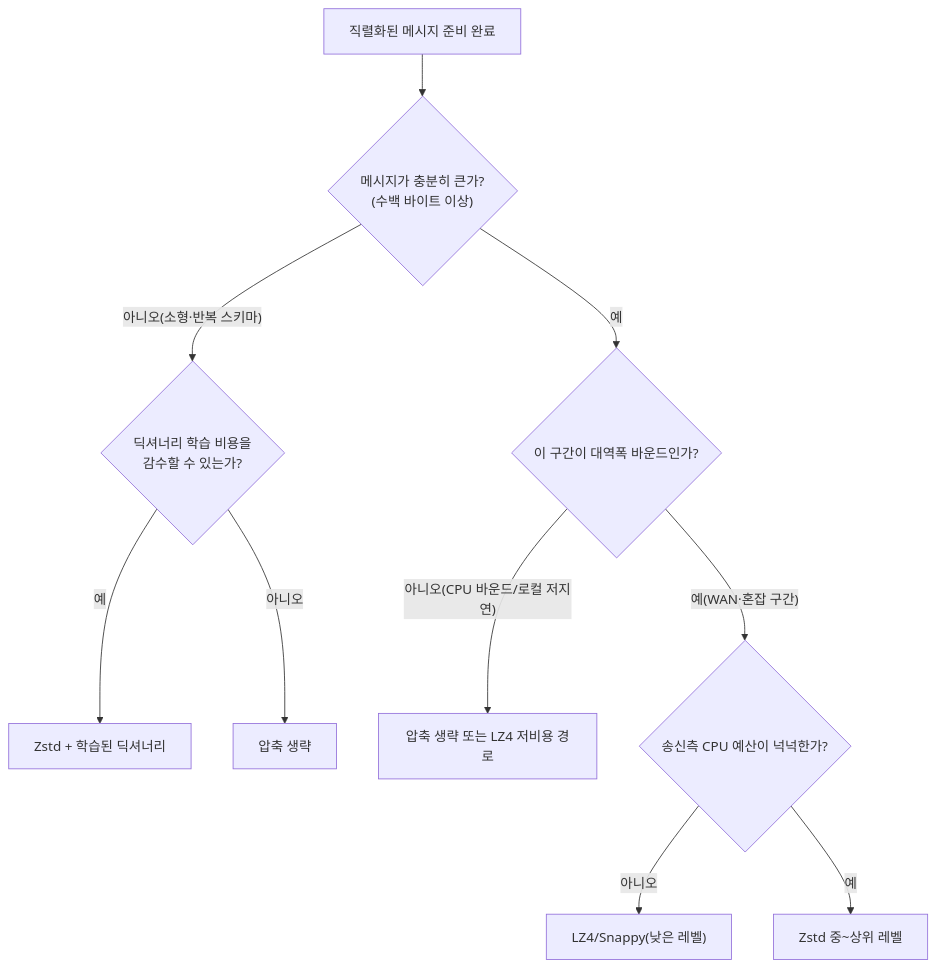
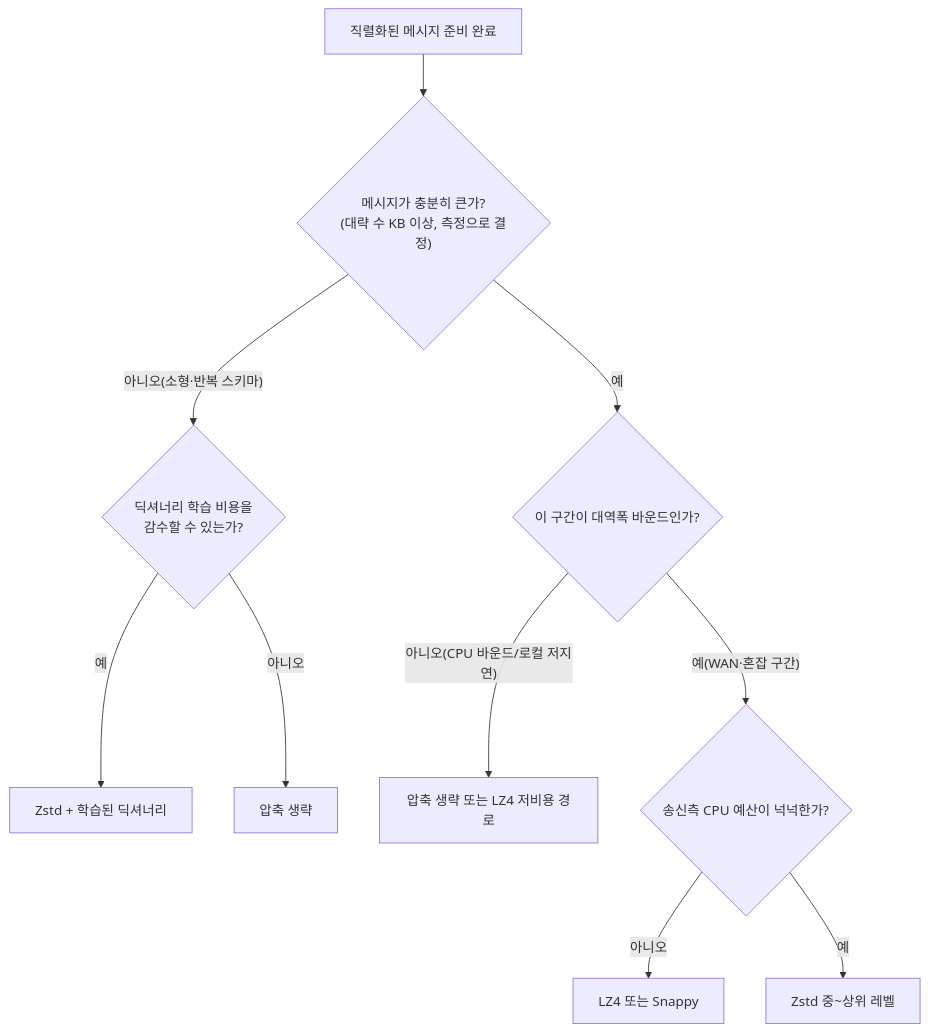
Before and after one commit to 42jerrykim/42jerrykim.github.io: the diagram in content/collection/optimization-10-network/21-network-compression-strategy/index.md, drawn with Mermaid. The commit also changed other lines of this file and 1 other file, not shown here.

````diff
--- a/content/collection/optimization-10-network/21-network-compression-strategy/index.md
+++ b/content/collection/optimization-10-network/21-network-compression-strategy/index.md
@@ -177,12 +180,12 @@
 ```mermaid
 flowchart TD
-  msgReady["직렬화된 메시지 준비 완료"] --> sizeCheck{"메시지가 충분히 큰가?</br>(수백 바이트 이상)"}
+  msgReady["직렬화된 메시지 준비 완료"] --> sizeCheck{"메시지가 충분히 큰가?</br>(대략 수 KB 이상, 측정으로 결정)"}
   sizeCheck -- "아니오(소형·반복 스키마)" --> dictCheck{"딕셔너리 학습 비용을</br>감수할 수 있는가?"}
   dictCheck -- "예" --> zstdDict["Zstd + 학습된 딕셔너리"]
   dictCheck -- "아니오" --> skipSmall["압축 생략"]
   sizeCheck -- "예" --> bwCheck{"이 구간이 대역폭 바운드인가?"}
   bwCheck -- "아니오(CPU 바운드/로컬 저지연)" --> skipLarge["압축 생략 또는 LZ4 저비용 경로"]
   bwCheck -- "예(WAN·혼잡 구간)" --> cpuCheck{"송신측 CPU 예산이 넉넉한가?"}
-  cpuCheck -- "아니오" --> lz4Snappy["LZ4/Snappy(낮은 레벨)"]
+  cpuCheck -- "아니오" --> lz4Snappy["LZ4 또는 Snappy"]
   cpuCheck -- "예" --> zstdHigh["Zstd 중~상위 레벨"]
 ```
````
